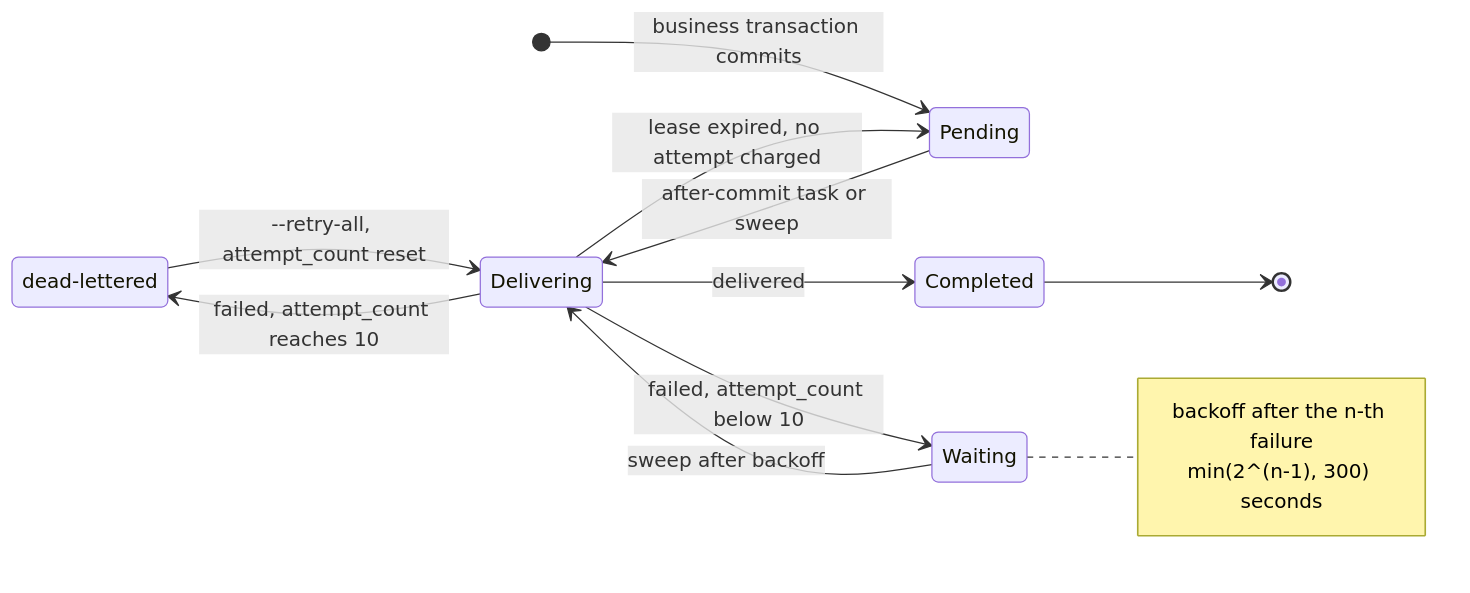
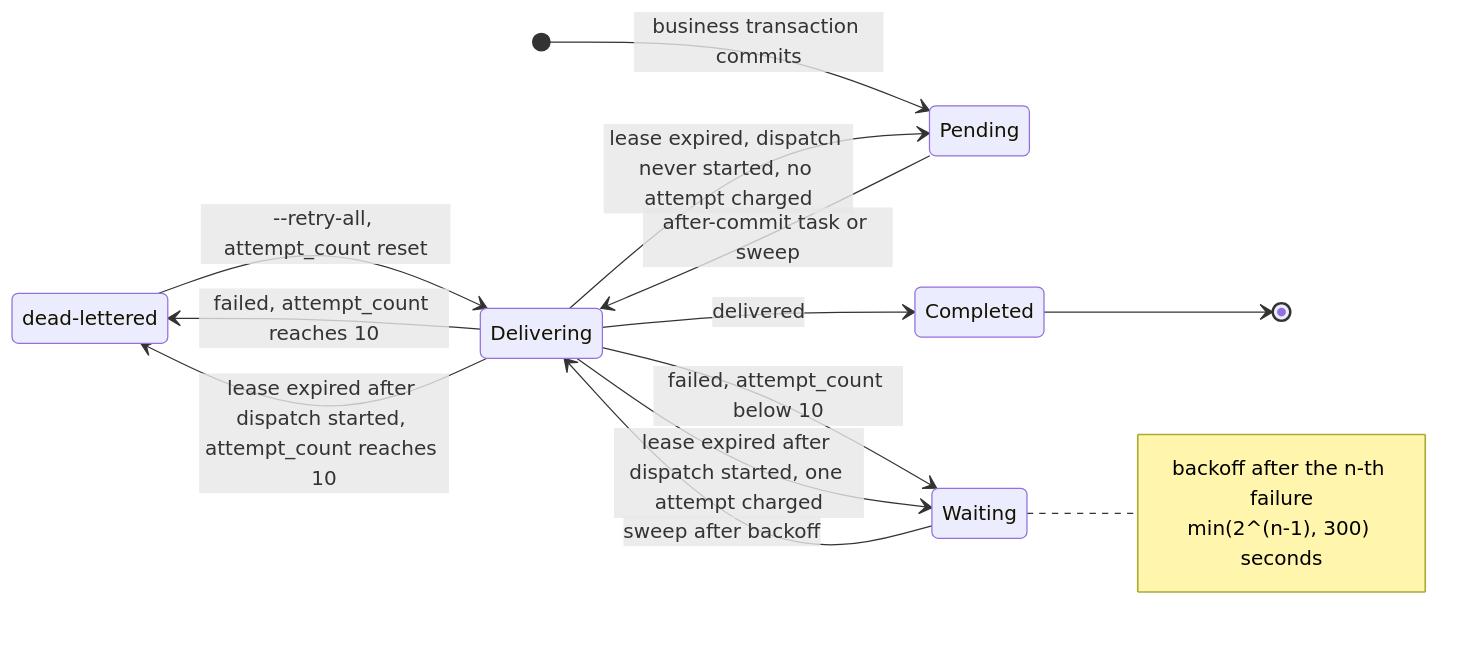
The fourth of 6 diagrams in docs/ARCHITECTURE.md (jeansossmeier/modupy), drawn with Mermaid before and after one commit. The commit also changed other lines of this file, not shown here.

First line of the commit message:
docs(architecture): correct the internals guide for the public release

````diff
--- a/docs/ARCHITECTURE.md
+++ b/docs/ARCHITECTURE.md
@@ -443,18 +447,20 @@
 ```mermaid
 stateDiagram-v2
     direction LR
     state "dead-lettered" as Dead
     [*] --> Pending: business transaction commits
     Pending --> Delivering: after-commit task or sweep
     Delivering --> Completed: delivered
     Delivering --> Waiting: failed, attempt_count below 10
     Waiting --> Delivering: sweep after backoff
     Delivering --> Dead: failed, attempt_count reaches 10
     Dead --> Delivering: --retry-all, attempt_count reset
-    Delivering --> Pending: lease expired, no attempt charged
+    Delivering --> Pending: lease expired, dispatch never started, no attempt charged
+    Delivering --> Waiting: lease expired after dispatch started, one attempt charged
+    Delivering --> Dead: lease expired after dispatch started, attempt_count reaches 10
     Completed --> [*]
     note right of Waiting
         backoff after the n-th failure
         min(2^(n-1), 300) seconds
     end note
 ```
````
